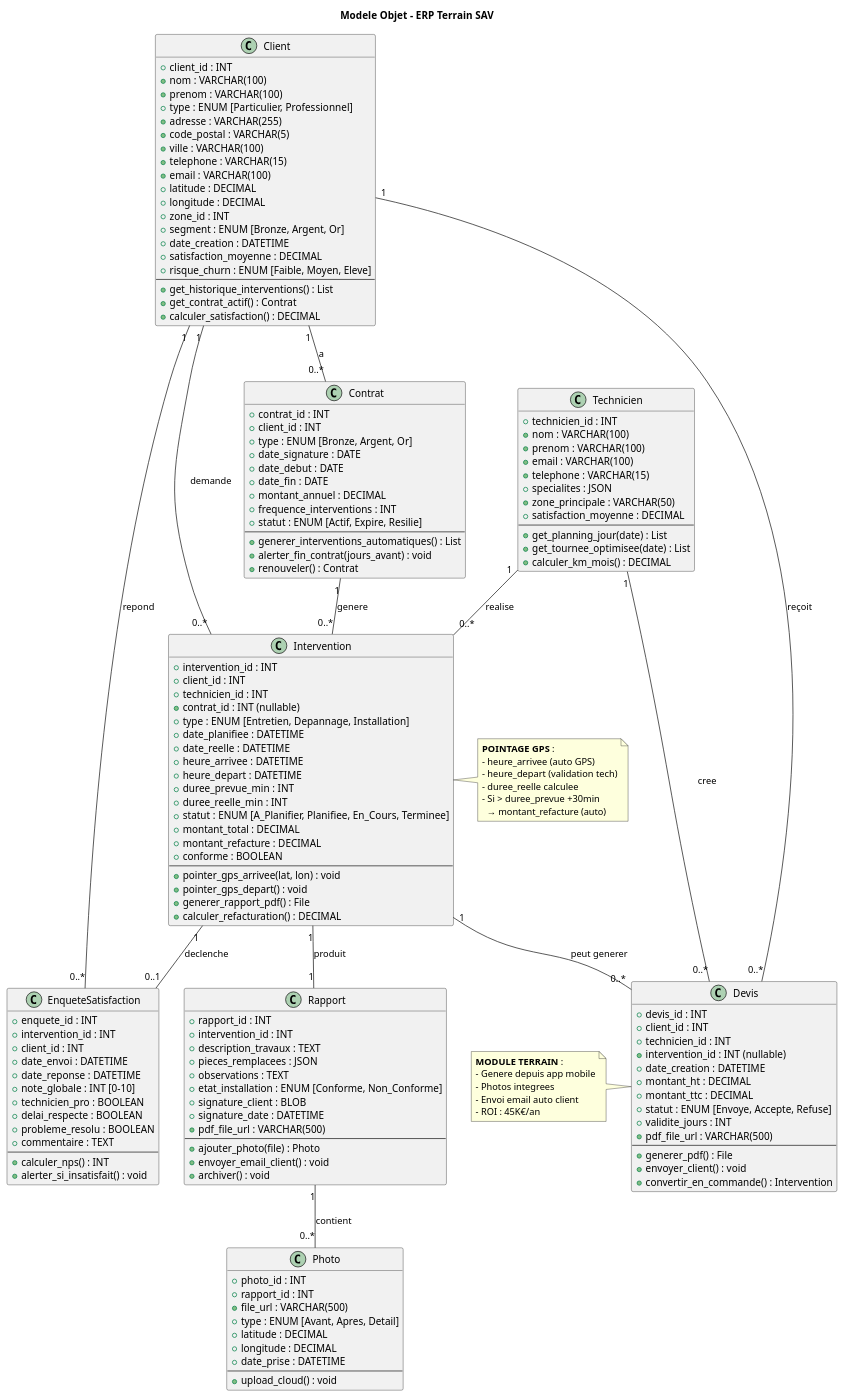
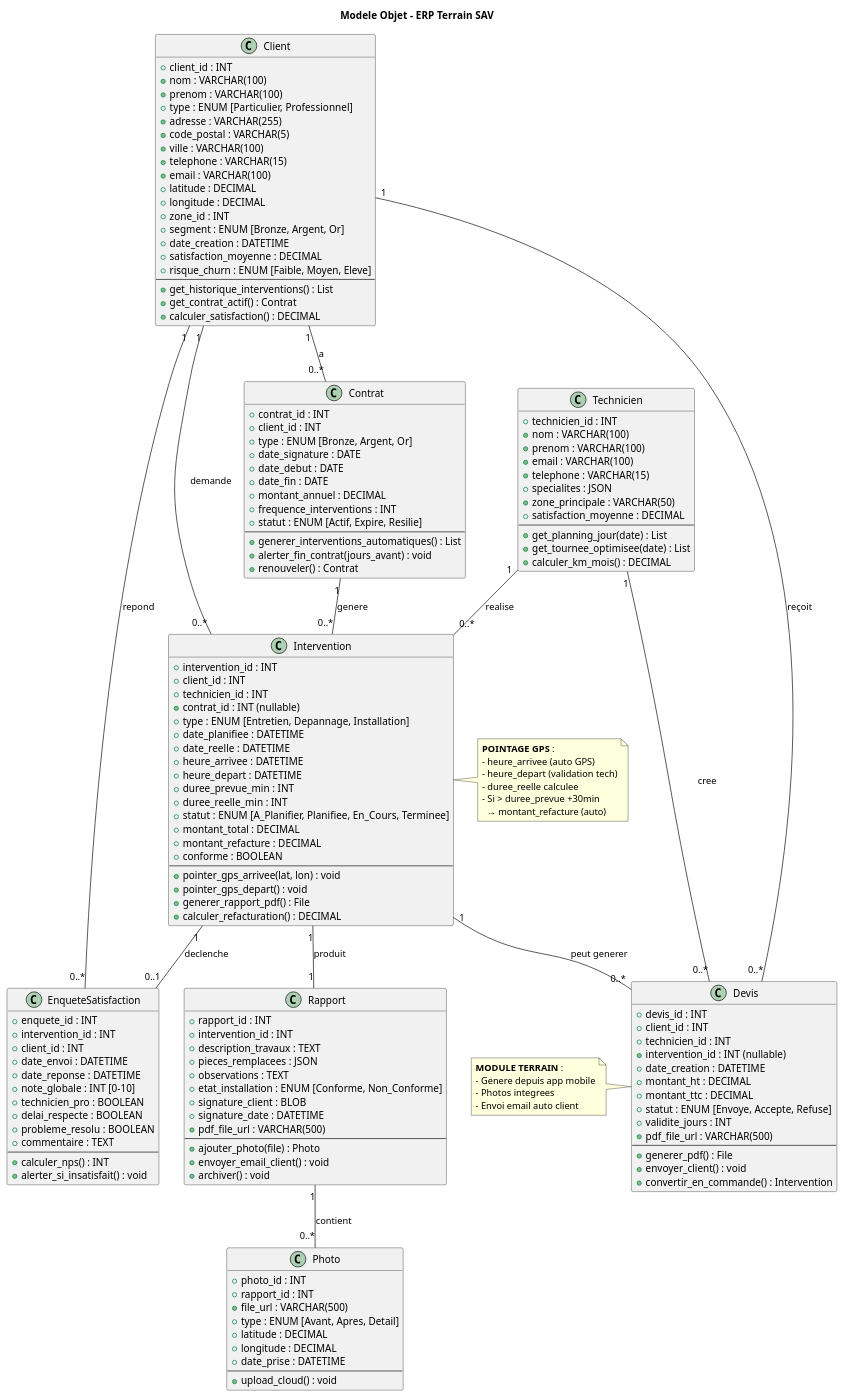
The diagram in Services/Maintenance-Technique/uml/puml/06_class_modele_objet.puml (JordanSerafini/Audit_Duret), drawn with PlantUML before and after one commit. The commit also changed 7 other files, not shown here.

```diff
--- a/Services/Maintenance-Technique/uml/puml/06_class_modele_objet.puml
+++ b/Services/Maintenance-Technique/uml/puml/06_class_modele_objet.puml
@@ -1,176 +1,175 @@
 @startuml Class_Modele_Objet
 
 title Modele Objet - ERP Terrain SAV
 
 class Client {
   +client_id : INT
   +nom : VARCHAR(100)
   +prenom : VARCHAR(100)
   +type : ENUM [Particulier, Professionnel]
   +adresse : VARCHAR(255)
   +code_postal : VARCHAR(5)
   +ville : VARCHAR(100)
   +telephone : VARCHAR(15)
   +email : VARCHAR(100)
   +latitude : DECIMAL
   +longitude : DECIMAL
   +zone_id : INT
   +segment : ENUM [Bronze, Argent, Or]
   +date_creation : DATETIME
   +satisfaction_moyenne : DECIMAL
   +risque_churn : ENUM [Faible, Moyen, Eleve]
   --
   +get_historique_interventions() : List
   +get_contrat_actif() : Contrat
   +calculer_satisfaction() : DECIMAL
 }
 
 class Contrat {
   +contrat_id : INT
   +client_id : INT
   +type : ENUM [Bronze, Argent, Or]
   +date_signature : DATE
   +date_debut : DATE
   +date_fin : DATE
   +montant_annuel : DECIMAL
   +frequence_interventions : INT
   +statut : ENUM [Actif, Expire, Resilie]
   --
   +generer_interventions_automatiques() : List
   +alerter_fin_contrat(jours_avant) : void
   +renouveler() : Contrat
 }
 
 class Intervention {
   +intervention_id : INT
   +client_id : INT
   +technicien_id : INT
   +contrat_id : INT (nullable)
   +type : ENUM [Entretien, Depannage, Installation]
   +date_planifiee : DATETIME
   +date_reelle : DATETIME
   +heure_arrivee : DATETIME
   +heure_depart : DATETIME
   +duree_prevue_min : INT
   +duree_reelle_min : INT
   +statut : ENUM [A_Planifier, Planifiee, En_Cours, Terminee]
   +montant_total : DECIMAL
   +montant_refacture : DECIMAL
   +conforme : BOOLEAN
   --
   +pointer_gps_arrivee(lat, lon) : void
   +pointer_gps_depart() : void
   +generer_rapport_pdf() : File
   +calculer_refacturation() : DECIMAL
 }
 
 class Rapport {
   +rapport_id : INT
   +intervention_id : INT
   +description_travaux : TEXT
   +pieces_remplacees : JSON
   +observations : TEXT
   +etat_installation : ENUM [Conforme, Non_Conforme]
   +signature_client : BLOB
   +signature_date : DATETIME
   +pdf_file_url : VARCHAR(500)
   --
   +ajouter_photo(file) : Photo
   +envoyer_email_client() : void
   +archiver() : void
 }
 
 class Photo {
   +photo_id : INT
   +rapport_id : INT
   +file_url : VARCHAR(500)
   +type : ENUM [Avant, Apres, Detail]
   +latitude : DECIMAL
   +longitude : DECIMAL
   +date_prise : DATETIME
   --
   +upload_cloud() : void
 }
 
 class Devis {
   +devis_id : INT
   +client_id : INT
   +technicien_id : INT
   +intervention_id : INT (nullable)
   +date_creation : DATETIME
   +montant_ht : DECIMAL
   +montant_ttc : DECIMAL
   +statut : ENUM [Envoye, Accepte, Refuse]
   +validite_jours : INT
   +pdf_file_url : VARCHAR(500)
   --
   +generer_pdf() : File
   +envoyer_client() : void
   +convertir_en_commande() : Intervention
 }
 
 class Technicien {
   +technicien_id : INT
   +nom : VARCHAR(100)
   +prenom : VARCHAR(100)
   +email : VARCHAR(100)
   +telephone : VARCHAR(15)
   +specialites : JSON
   +zone_principale : VARCHAR(50)
   +satisfaction_moyenne : DECIMAL
   --
   +get_planning_jour(date) : List
   +get_tournee_optimisee(date) : List
   +calculer_km_mois() : DECIMAL
 }
 
 class EnqueteSatisfaction {
   +enquete_id : INT
   +intervention_id : INT
   +client_id : INT
   +date_envoi : DATETIME
   +date_reponse : DATETIME
   +note_globale : INT [0-10]
   +technicien_pro : BOOLEAN
   +delai_respecte : BOOLEAN
   +probleme_resolu : BOOLEAN
   +commentaire : TEXT
   --
   +calculer_nps() : INT
   +alerter_si_insatisfait() : void
 }
 
 Client "1" -- "0..*" Contrat : a
 Client "1" -- "0..*" Intervention : demande
 Client "1" -- "0..*" Devis : reçoit
 Client "1" -- "0..*" EnqueteSatisfaction : repond
 
 Contrat "1" -- "0..*" Intervention : genere
 
 Intervention "1" -- "1" Rapport : produit
 Intervention "1" -- "0..*" Devis : peut generer
 Intervention "1" -- "0..1" EnqueteSatisfaction : declenche
 
 Rapport "1" -- "0..*" Photo : contient
 
 Technicien "1" -- "0..*" Intervention : realise
 Technicien "1" -- "0..*" Devis : cree
 
 note right of Intervention
   **POINTAGE GPS** :
   - heure_arrivee (auto GPS)
   - heure_depart (validation tech)
   - duree_reelle calculee
   - Si > duree_prevue +30min
     → montant_refacture (auto)
 end note
 
 note left of Devis
   **MODULE TERRAIN** :
   - Genere depuis app mobile
   - Photos integrees
   - Envoi email auto client
-  - ROI : 45K€/an
 end note
 
 @enduml
```
